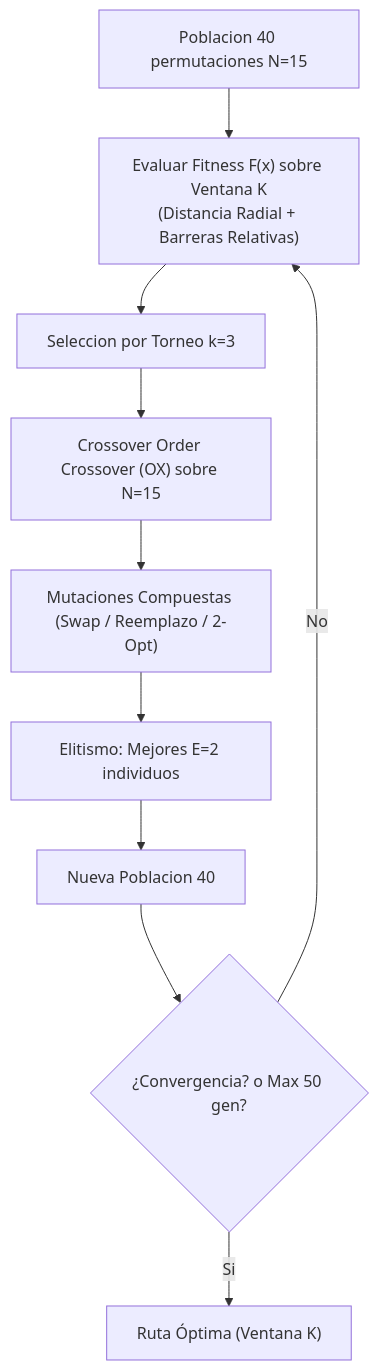
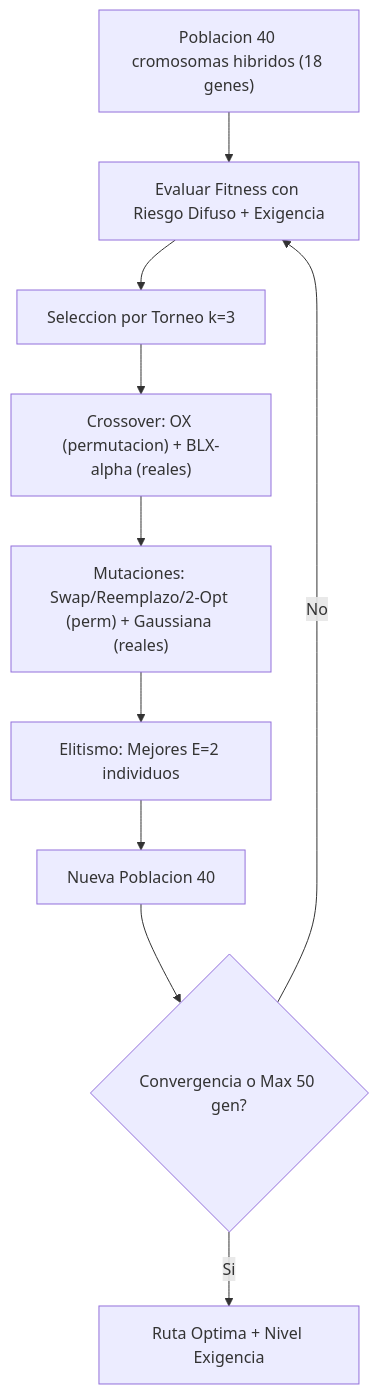
The sixth of 8 diagrams in README.md (angel4luu/si-project-unmsm), drawn with Mermaid before and after one commit. The commit also changed other lines of this file and 1 other file, not shown here.

Commit message:
docs: integrar 2 componentes con logica difusa en el proyecto (avance-1)

````diff
--- a/README.md
+++ b/README.md
@@ -528,12 +558,12 @@
 ```mermaid
 flowchart TB
-    P["Poblacion 40 permutaciones N=15"] --> E["Evaluar Fitness F(x) sobre Ventana K<br/>(Distancia Radial + Barreras Relativas)"]
+    P["Poblacion 40 cromosomas hibridos (18 genes)"] --> E["Evaluar Fitness con Riesgo Difuso + Exigencia"]
     E --> S["Seleccion por Torneo k=3"]
-    S --> C["Crossover Order Crossover (OX) sobre N=15"]
-    C --> M["Mutaciones Compuestas (Swap / Reemplazo / 2-Opt)"]
+    S --> C["Crossover: OX (permutacion) + BLX-alpha (reales)"]
+    C --> M["Mutaciones: Swap/Reemplazo/2-Opt (perm) + Gaussiana (reales)"]
     M --> EL["Elitismo: Mejores E=2 individuos"]
     EL --> N["Nueva Poblacion 40"]
-    N --> C2{"¿Convergencia? o Max 50 gen?"}
+    N --> C2{"Convergencia o Max 50 gen?"}
     C2 -->|No| E
-    C2 -->|Si| R["Ruta Óptima (Ventana K)"]
+    C2 -->|Si| R["Ruta Optima + Nivel Exigencia"]
 ```
````
